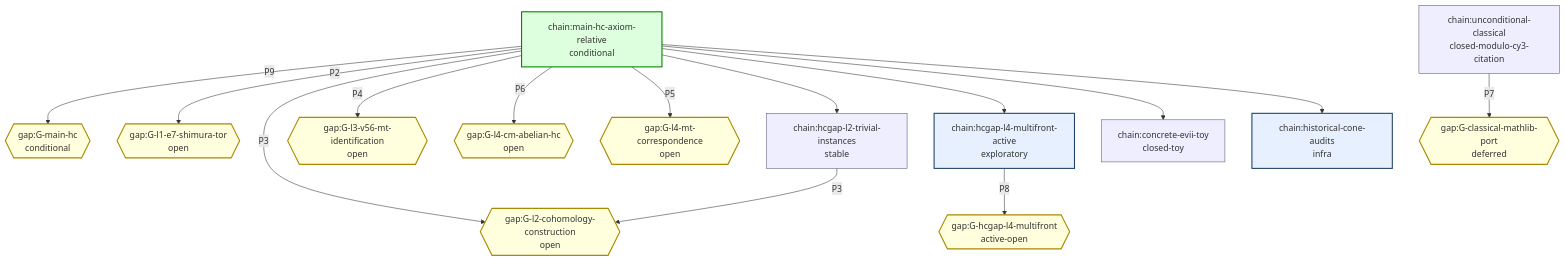
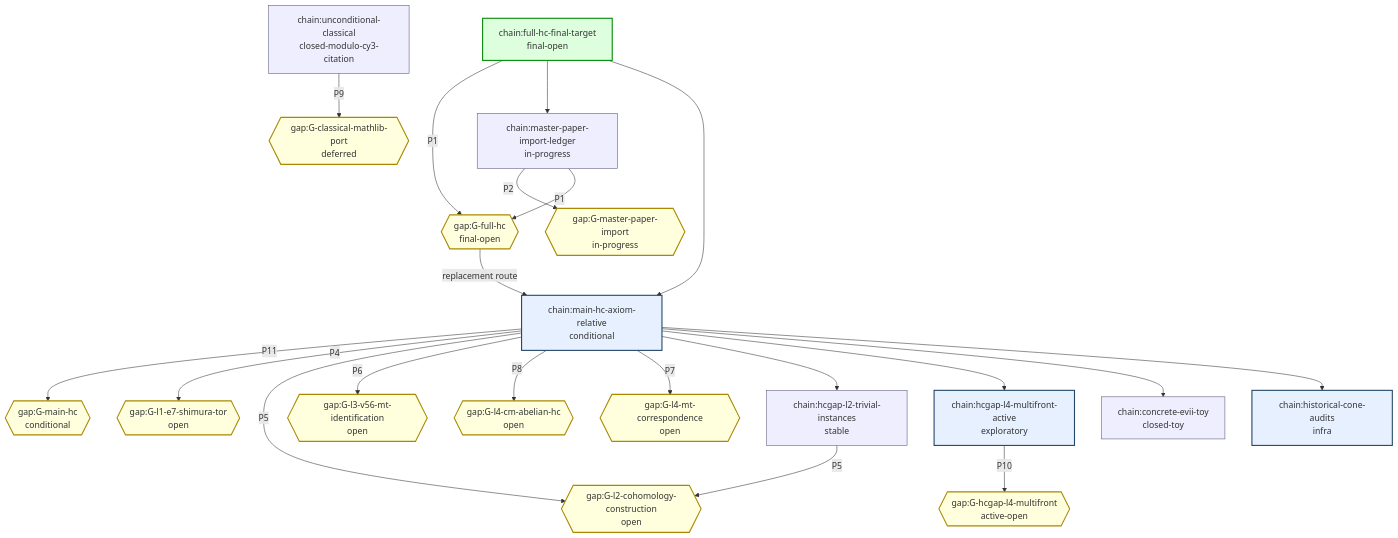
One commit to crabsatellite/hodge-conjecture-lean4-formalization changed the second of 2 diagrams in chain-status/graph.md. Above: the diagram before and after it, drawn with Mermaid. The commit also changed 63 other files, not shown here.

````diff
--- a/chain-status/graph.md
+++ b/chain-status/graph.md
@@ -112,38 +112,48 @@
 ```mermaid
 graph TD
   classDef routeMain fill:#dfd,stroke:#080,stroke-width:2px
   classDef routeActive fill:#e7f0ff,stroke:#246,stroke-width:2px
   classDef routeSupport fill:#eef,stroke:#557
   classDef routeDead fill:#fdd,stroke:#a00,stroke-width:2px
   classDef gapOpen fill:#ffd,stroke:#a80,stroke-width:2px
   classDef gapClosed fill:#eee,stroke:#777
   classDef gapLegacy fill:#eee,stroke:#777,stroke-dasharray:3 3
   classDef gapDead fill:#fdd,stroke:#a00,stroke-dasharray:4 2
-  chain_main_hc_axiom_relative["chain:main-hc-axiom-relative\nconditional"]:::routeMain
+  chain_full_hc_final_target["chain:full-hc-final-target\nfinal-open"]:::routeMain
+  chain_master_paper_import_ledger["chain:master-paper-import-ledger\nin-progress"]:::routeSupport
+  chain_main_hc_axiom_relative["chain:main-hc-axiom-relative\nconditional"]:::routeActive
   chain_unconditional_classical["chain:unconditional-classical\nclosed-modulo-cy3-citation"]:::routeSupport
   chain_hcgap_l2_trivial_instances["chain:hcgap-l2-trivial-instances\nstable"]:::routeSupport
   chain_hcgap_l4_multifront_active["chain:hcgap-l4-multifront-active\nexploratory"]:::routeActive
   chain_concrete_evii_toy["chain:concrete-evii-toy\nclosed-toy"]:::routeSupport
   chain_historical_cone_audits["chain:historical-cone-audits\ninfra"]:::routeActive
+  gap_G_full_hc{{"gap:G-full-hc\nfinal-open"}}:::gapOpen
+  gap_G_master_paper_import{{"gap:G-master-paper-import\nin-progress"}}:::gapOpen
   gap_G_main_hc{{"gap:G-main-hc\nconditional"}}:::gapOpen
   gap_G_l1_e7_shimura_tor{{"gap:G-l1-e7-shimura-tor\nopen"}}:::gapOpen
   gap_G_l2_cohomology_construction{{"gap:G-l2-cohomology-construction\nopen"}}:::gapOpen
   gap_G_l3_v56_mt_identification{{"gap:G-l3-v56-mt-identification\nopen"}}:::gapOpen
   gap_G_l4_cm_abelian_hc{{"gap:G-l4-cm-abelian-hc\nopen"}}:::gapOpen
   gap_G_l4_mt_correspondence{{"gap:G-l4-mt-correspondence\nopen"}}:::gapOpen
   gap_G_classical_mathlib_port{{"gap:G-classical-mathlib-port\ndeferred"}}:::gapOpen
   gap_G_hcgap_l4_multifront{{"gap:G-hcgap-l4-multifront\nactive-open"}}:::gapOpen
-  chain_main_hc_axiom_relative -->|P9| gap_G_main_hc
-  chain_main_hc_axiom_relative -->|P2| gap_G_l1_e7_shimura_tor
-  chain_main_hc_axiom_relative -->|P3| gap_G_l2_cohomology_construction
-  chain_main_hc_axiom_relative -->|P4| gap_G_l3_v56_mt_identification
-  chain_main_hc_axiom_relative -->|P6| gap_G_l4_cm_abelian_hc
-  chain_main_hc_axiom_relative -->|P5| gap_G_l4_mt_correspondence
-  chain_unconditional_classical -->|P7| gap_G_classical_mathlib_port
+  chain_full_hc_final_target -->|P1| gap_G_full_hc
+  chain_full_hc_final_target --> chain_master_paper_import_ledger
+  chain_master_paper_import_ledger -->|P2| gap_G_master_paper_import
+  chain_master_paper_import_ledger -->|P1| gap_G_full_hc
+  chain_full_hc_final_target --> chain_main_hc_axiom_relative
+  gap_G_full_hc -->|replacement route| chain_main_hc_axiom_relative
+  chain_main_hc_axiom_relative -->|P11| gap_G_main_hc
+  chain_main_hc_axiom_relative -->|P4| gap_G_l1_e7_shimura_tor
+  chain_main_hc_axiom_relative -->|P5| gap_G_l2_cohomology_construction
+  chain_main_hc_axiom_relative -->|P6| gap_G_l3_v56_mt_identification
+  chain_main_hc_axiom_relative -->|P8| gap_G_l4_cm_abelian_hc
+  chain_main_hc_axiom_relative -->|P7| gap_G_l4_mt_correspondence
+  chain_unconditional_classical -->|P9| gap_G_classical_mathlib_port
   chain_main_hc_axiom_relative --> chain_hcgap_l2_trivial_instances
-  chain_hcgap_l2_trivial_instances -->|P3| gap_G_l2_cohomology_construction
+  chain_hcgap_l2_trivial_instances -->|P5| gap_G_l2_cohomology_construction
   chain_main_hc_axiom_relative --> chain_hcgap_l4_multifront_active
-  chain_hcgap_l4_multifront_active -->|P8| gap_G_hcgap_l4_multifront
+  chain_hcgap_l4_multifront_active -->|P10| gap_G_hcgap_l4_multifront
   chain_main_hc_axiom_relative --> chain_concrete_evii_toy
   chain_main_hc_axiom_relative --> chain_historical_cone_audits
 ```
````
